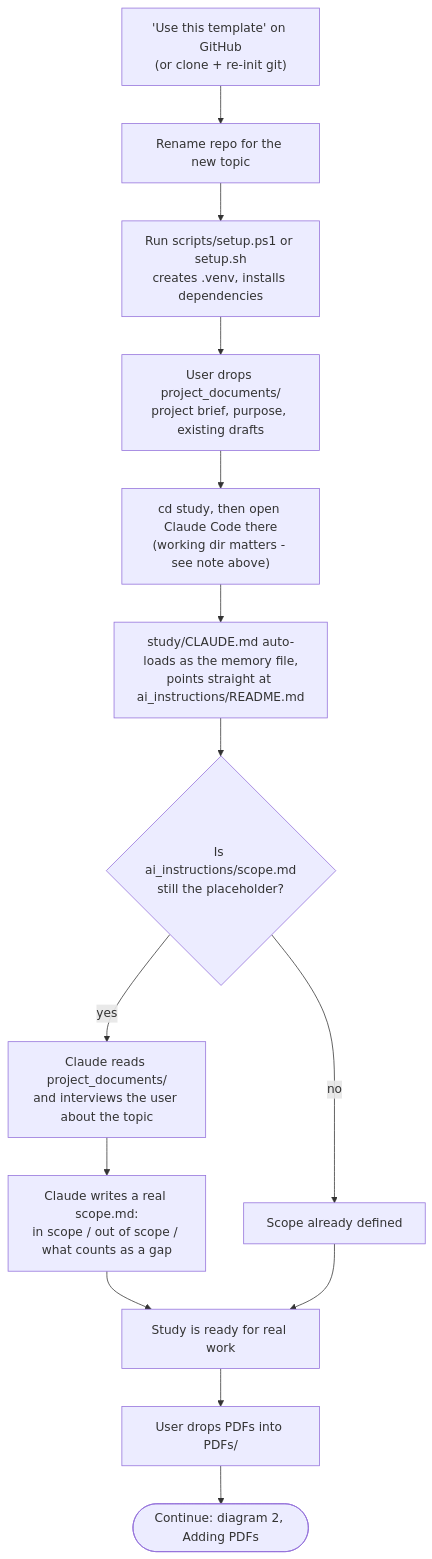
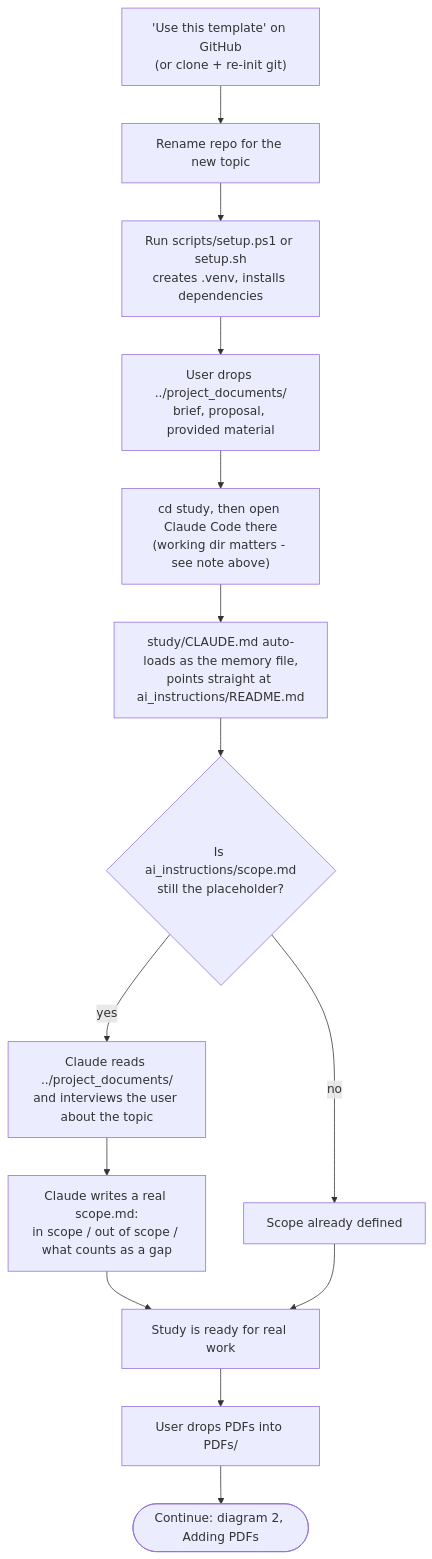
The first of 5 diagrams in study/workflow-diagram.md (jonaHaggarde/literature_study_template), drawn with Mermaid before and after one commit. The commit also changed other lines of this file and 41 other files, not shown here.

````diff
--- a/study/workflow-diagram.md
+++ b/study/workflow-diagram.md
@@ -24,16 +24,16 @@
 ```mermaid
 flowchart TD
     A["'Use this template' on GitHub<br/>(or clone + re-init git)"] --> B["Rename repo for the new topic"]
     B --> C["Run scripts/setup.ps1 or setup.sh<br/>creates .venv, installs dependencies"]
-    C --> D["User drops project_documents/<br/>project brief, purpose, existing drafts"]
+    C --> D["User drops ../project_documents/<br/>brief, proposal, provided material"]
     D --> E["cd study, then open Claude Code there<br/>(working dir matters - see note above)"]
     E --> F["study/CLAUDE.md auto-loads as the memory file,<br/>points straight at ai_instructions/README.md"]
     F --> G{"Is ai_instructions/scope.md<br/>still the placeholder?"}
-    G -- yes --> H["Claude reads project_documents/<br/>and interviews the user about the topic"]
+    G -- yes --> H["Claude reads ../project_documents/<br/>and interviews the user about the topic"]
     H --> I["Claude writes a real scope.md:<br/>in scope / out of scope / what counts as a gap"]
     G -- no --> J["Scope already defined"]
     I --> K["Study is ready for real work"]
     J --> K
     K --> L["User drops PDFs into PDFs/"]
     L --> M(["Continue: diagram 2, Adding PDFs"])
 ```
````
